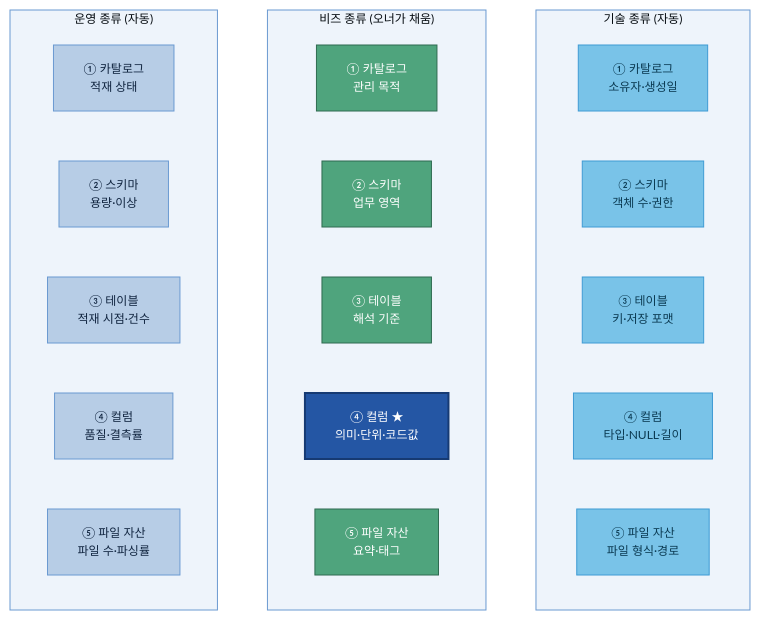
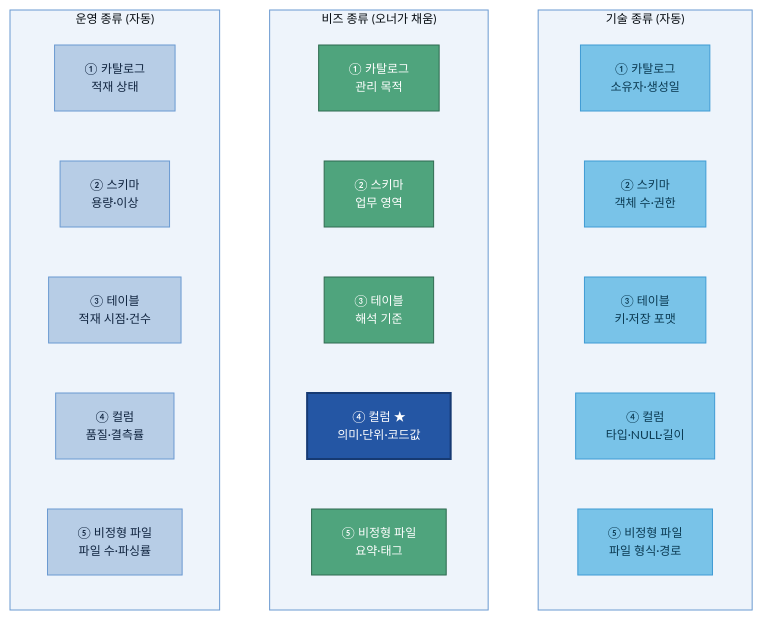
The first of 6 diagrams in 가이드 작성/A-2 메타데이터/A-2 메타데이터.md (jin-kearney/ai-ready-data-manual), drawn with Mermaid before and after one commit. The commit also changed other lines of this file, not shown here.

First line of the commit message:
docs(A-2): 다섯 계층 5번째 명칭 "파일 자산" → "비정형 파일"로 확정(고객 선택)

````diff
--- a/가이드 작성/A-2 메타데이터/A-2 메타데이터.md
+++ b/가이드 작성/A-2 메타데이터/A-2 메타데이터.md
@@ -174,30 +174,30 @@
 ```mermaid
 %%{init: {'theme':'base','themeVariables':{'primaryColor':'#DCE8F5','primaryBorderColor':'#2456A4','primaryTextColor':'#10243f','lineColor':'#2456A4','clusterBkg':'#EEF4FB','clusterBorder':'#6B9AD1','fontSize':'12px'}}}%%
 flowchart TB
     subgraph 기술["기술 종류 (자동)"]
         T1["① 카탈로그<br/>소유자·생성일"]:::src
         T2["② 스키마<br/>객체 수·권한"]:::src
         T3["③ 테이블<br/>키·저장 포맷"]:::src
         T4["④ 컬럼<br/>타입·NULL·길이"]:::src
-        T5["⑤ 파일 자산<br/>파일 형식·경로"]:::src
+        T5["⑤ 비정형 파일<br/>파일 형식·경로"]:::src
     end
     subgraph 비즈["비즈 종류 (오너가 채움)"]
         B1["① 카탈로그<br/>관리 목적"]:::loop
         B2["② 스키마<br/>업무 영역"]:::loop
         B3["③ 테이블<br/>해석 기준"]:::loop
         B4["④ 컬럼 ★<br/>의미·단위·코드값"]:::cat
-        B5["⑤ 파일 자산<br/>요약·태그"]:::loop
+        B5["⑤ 비정형 파일<br/>요약·태그"]:::loop
     end
     subgraph 운영["운영 종류 (자동)"]
         O1["① 카탈로그<br/>적재 상태"]:::n
         O2["② 스키마<br/>용량·이상"]:::n
         O3["③ 테이블<br/>적재 시점·건수"]:::n
         O4["④ 컬럼<br/>품질·결측률"]:::n
-        O5["⑤ 파일 자산<br/>파일 수·파싱률"]:::n
+        O5["⑤ 비정형 파일<br/>파일 수·파싱률"]:::n
     end
     classDef n fill:#B7CDE6,stroke:#6B9AD1,color:#10243f;
     classDef src fill:#79C3E8,stroke:#3F9BD4,color:#0b3a52;
     classDef cat fill:#2456A4,color:#fff,stroke:#163a73,stroke-width:2px;
     classDef gate fill:#3F9BD4,stroke:#2456A4,color:#fff;
     classDef loop fill:#4FA47D,stroke:#2f6b50,color:#fff;
 ```
````
